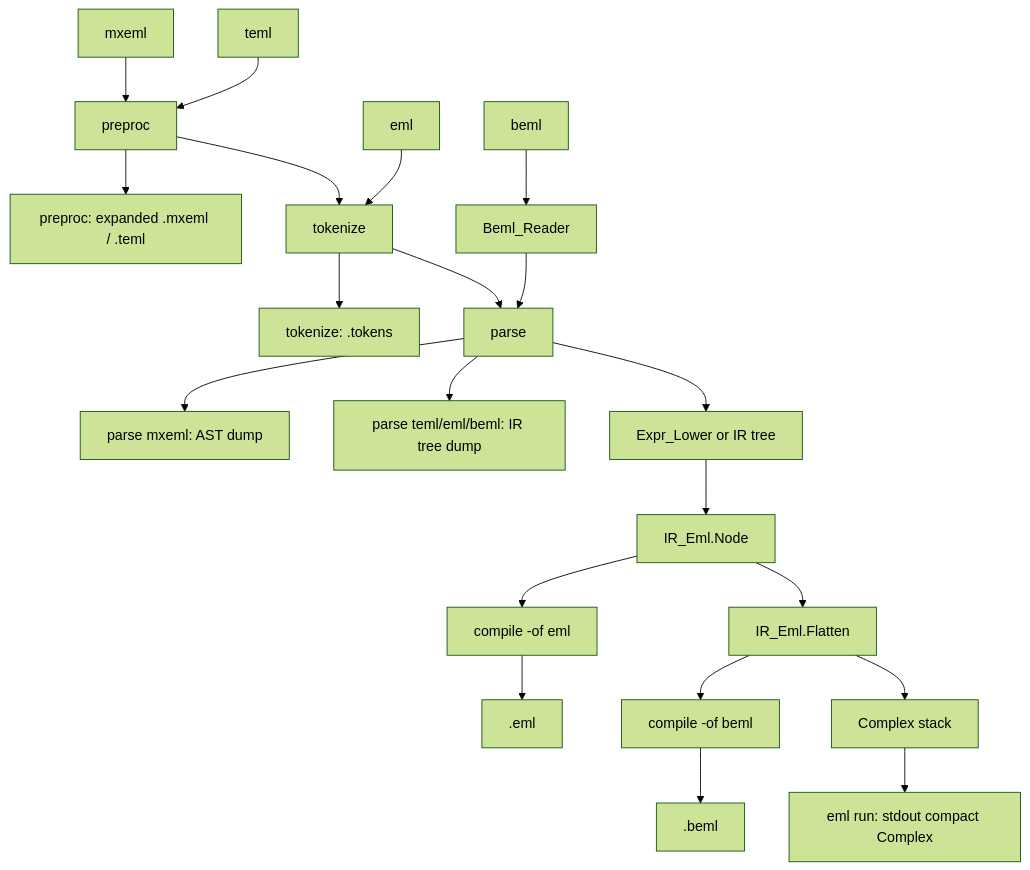
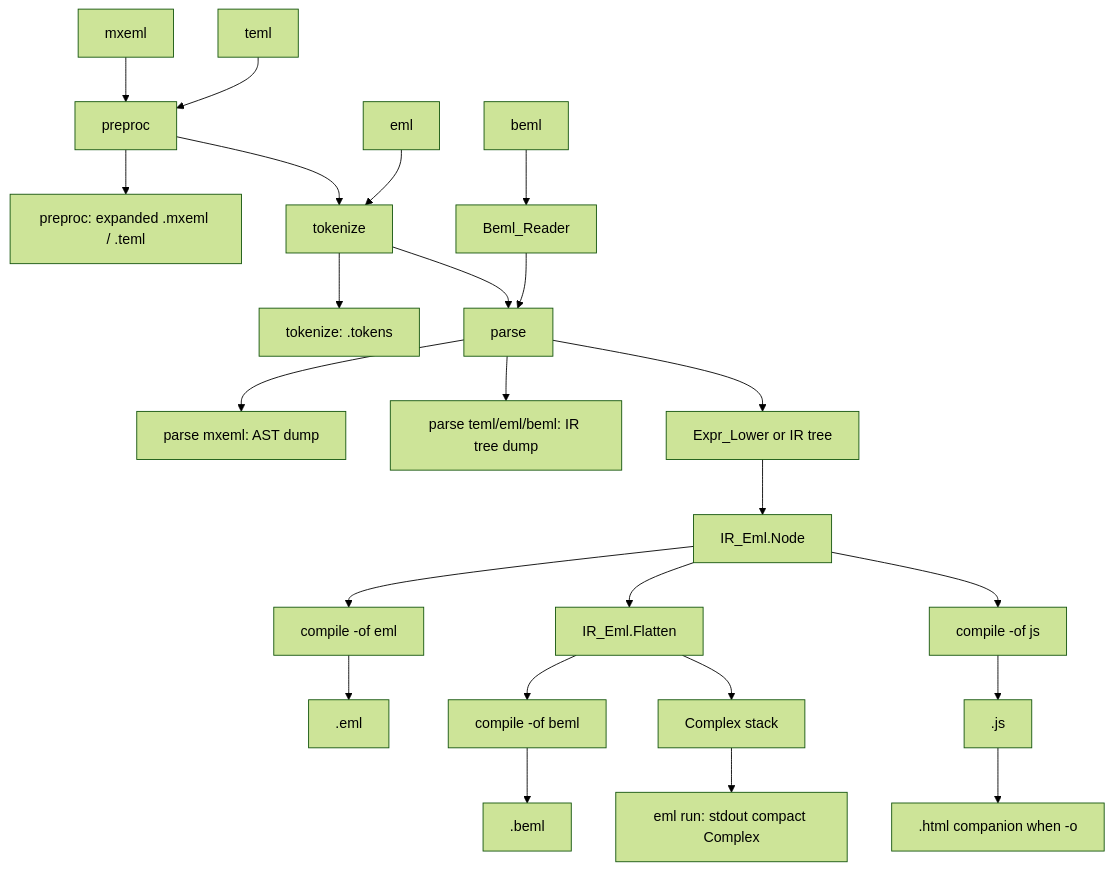
The diagram in README.md (sanelli/eml), drawn with Mermaid (forest theme) before and after one commit. The commit also changed other lines of this file and 13 other files, not shown here.

First line of the commit message:
Add compile -of js: browser JavaScript backend with companion HTML.

````diff
--- a/README.md
+++ b/README.md
@@ -47,23 +47,26 @@
 ```mermaid
 flowchart TD
   mxeml[mxeml] --> preproc
   teml[teml] --> preproc
   preproc --> preprocOut["preproc: expanded .mxeml / .teml"]
   preproc --> tokenize
   eml[eml] --> tokenize
   tokenize --> tokensOut["tokenize: .tokens"]
   tokenize --> parse
   beml[beml] --> bemlRead[Beml_Reader]
   bemlRead --> parse
   parse --> parseMx["parse mxeml: AST dump"]
   parse --> parseIr["parse teml/eml/beml: IR tree dump"]
   parse --> lowerOrIR[Expr_Lower or IR tree]
   lowerOrIR --> irNode[IR_Eml.Node]
   irNode --> writeEml["compile -of eml"]
   writeEml --> emlFile[.eml]
   irNode --> flatten[IR_Eml.Flatten]
   flatten --> writeBeml["compile -of beml"]
   writeBeml --> bemlFile[.beml]
+  irNode --> writeJs["compile -of js"]
+  writeJs --> jsFile[.js]
+  jsFile --> htmlFile[".html companion when -o"]
   flatten --> stack[Complex stack]
   stack --> stdout["eml run: stdout compact Complex"]
 ```
````
